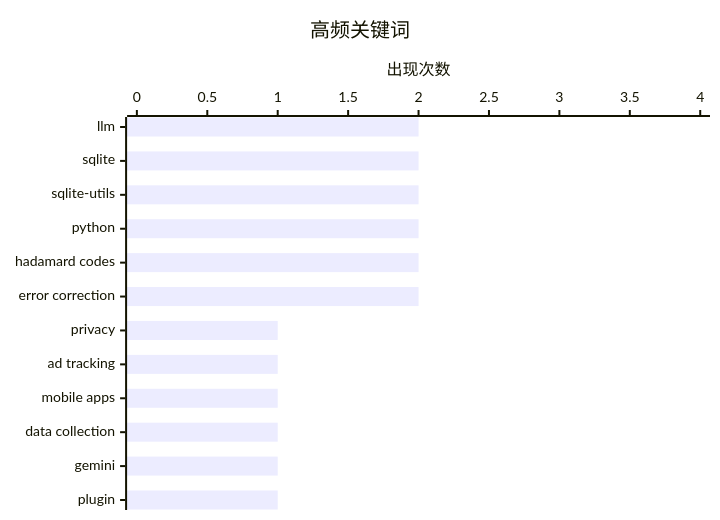
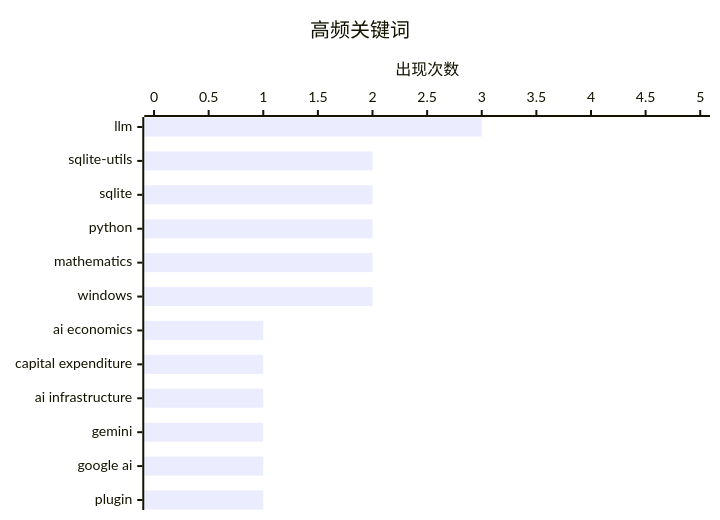
The second of 2 diagrams in docs/digest-20260815.md (AlexJJ009/ai-daily-digest-v2), drawn with Mermaid before and after one commit. The commit also changed other lines of this file and 2 other files, not shown here.

````diff
--- a/docs/digest-20260815.md
+++ b/docs/digest-20260815.md
@@ -65,7 +65,7 @@
 ```mermaid
 xychart-beta horizontal
     title "高频关键词"
-    x-axis ["llm", "sqlite", "sqlite-utils", "python", "hadamard codes", "error correction", "privacy", "ad tracking", "mobile apps", "data collection", "gemini", "plugin"]
-    y-axis "出现次数" 0 --> 4
-    bar [2, 2, 2, 2, 2, 2, 1, 1, 1, 1, 1, 1]
+    x-axis ["llm", "sqlite-utils", "sqlite", "python", "mathematics", "windows", "ai economics", "capital expenditure", "ai infrastructure", "gemini", "google ai", "plugin"]
+    y-axis "出现次数" 0 --> 5
+    bar [3, 2, 2, 2, 2, 2, 1, 1, 1, 1, 1, 1]
 ```
````
